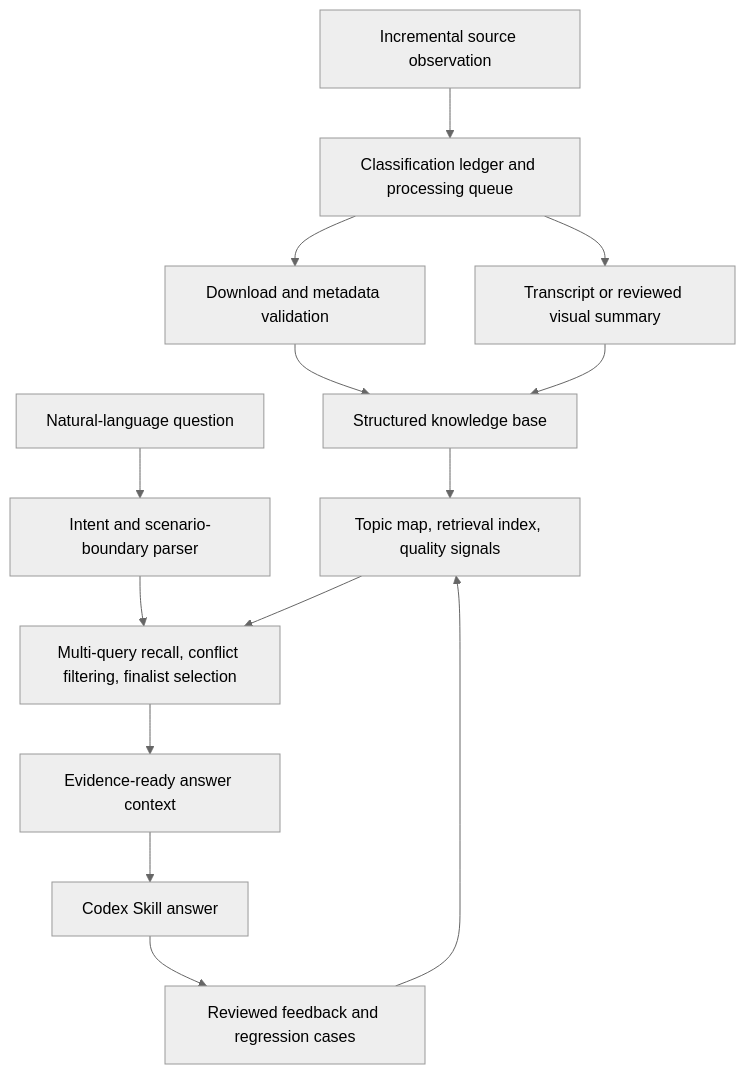
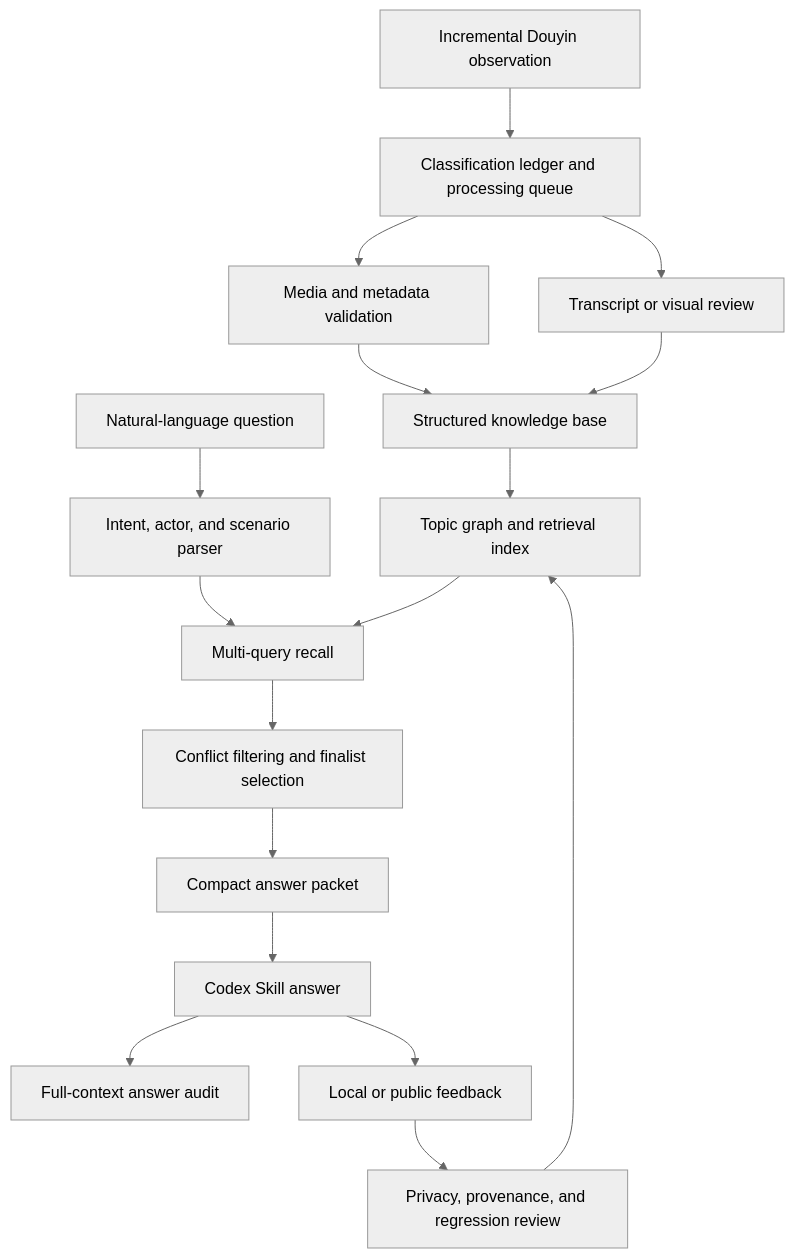
The diagram in README.en.md (MuyuanGuo/badminton-skills-coach), drawn with Mermaid (neutral theme) before and after one commit. The commit also changed other lines of this file and 18 other files, not shown here.

````diff
--- a/README.en.md
+++ b/README.en.md
@@ -76,16 +83,19 @@
 ```mermaid
 flowchart TD
-    A["Incremental source observation"] --> B["Classification ledger and processing queue"]
-    B --> C["Download and metadata validation"]
-    B --> D["Transcript or reviewed visual summary"]
+    A["Incremental Douyin observation"] --> B["Classification ledger and processing queue"]
+    B --> C["Media and metadata validation"]
+    B --> D["Transcript or visual review"]
     C --> E["Structured knowledge base"]
     D --> E
-    E --> F["Topic map, retrieval index, quality signals"]
-    Q["Natural-language question"] --> G["Intent and scenario-boundary parser"]
-    G --> H["Multi-query recall, conflict filtering, finalist selection"]
+    E --> F["Topic graph and retrieval index"]
+    Q["Natural-language question"] --> G["Intent, actor, and scenario parser"]
+    G --> H["Multi-query recall"]
     F --> H
-    H --> I["Evidence-ready answer context"]
-    I --> J["Codex Skill answer"]
-    J --> K["Reviewed feedback and regression cases"]
-    K --> F
+    H --> I["Conflict filtering and finalist selection"]
+    I --> J["Compact answer packet"]
+    J --> K["Codex Skill answer"]
+    K --> L["Full-context answer audit"]
+    K --> M["Local or public feedback"]
+    M --> N["Privacy, provenance, and regression review"]
+    N --> F
 ```
````
